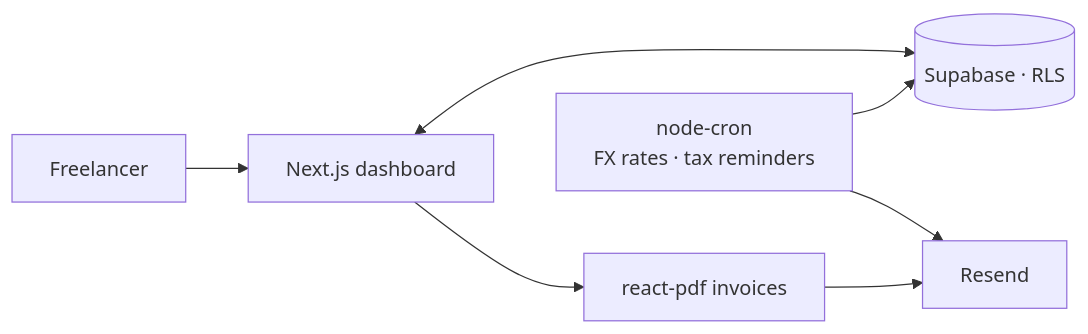
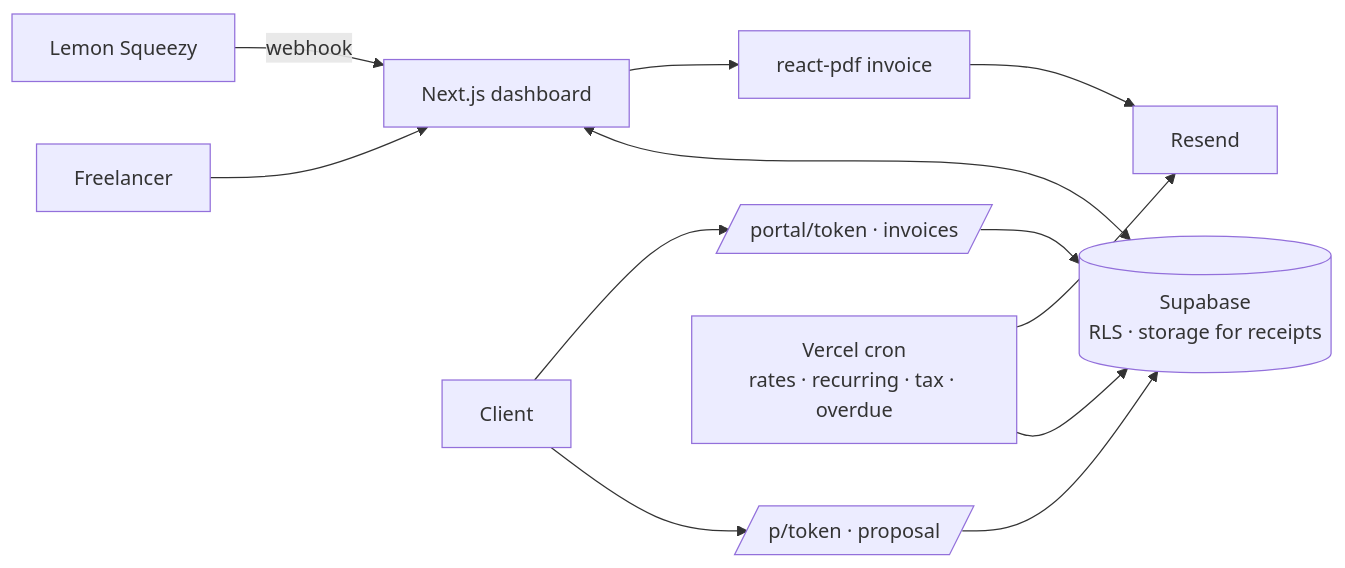
One commit to kutluhangil/Freelora changed the diagram in README.md. Above: the diagram before and after it, drawn with Mermaid. The commit also changed other lines of this file and 3 other files, not shown here.

````diff
--- a/README.md
+++ b/README.md
@@ -35,8 +67,13 @@
 ```mermaid
 flowchart LR
   U[Freelancer] --> APP[Next.js dashboard]
-  APP <--> SB[(Supabase · RLS)]
-  APP --> PDF[react-pdf invoices] --> MAIL[Resend]
-  CRON[node-cron<br/>FX rates · tax reminders] --> SB
+  APP <--> SB[(Supabase<br/>RLS · storage for receipts)]
+  APP --> PDF[react-pdf invoice] --> MAIL[Resend]
+  CL[Client] --> P[/p/token · proposal/]
+  CL --> PT[/portal/token · invoices/]
+  P --> SB
+  PT --> SB
+  CRON[Vercel cron<br/>rates · recurring · tax · overdue] --> SB
   CRON --> MAIL
+  LS[Lemon Squeezy] -- webhook --> APP
 ```
````
